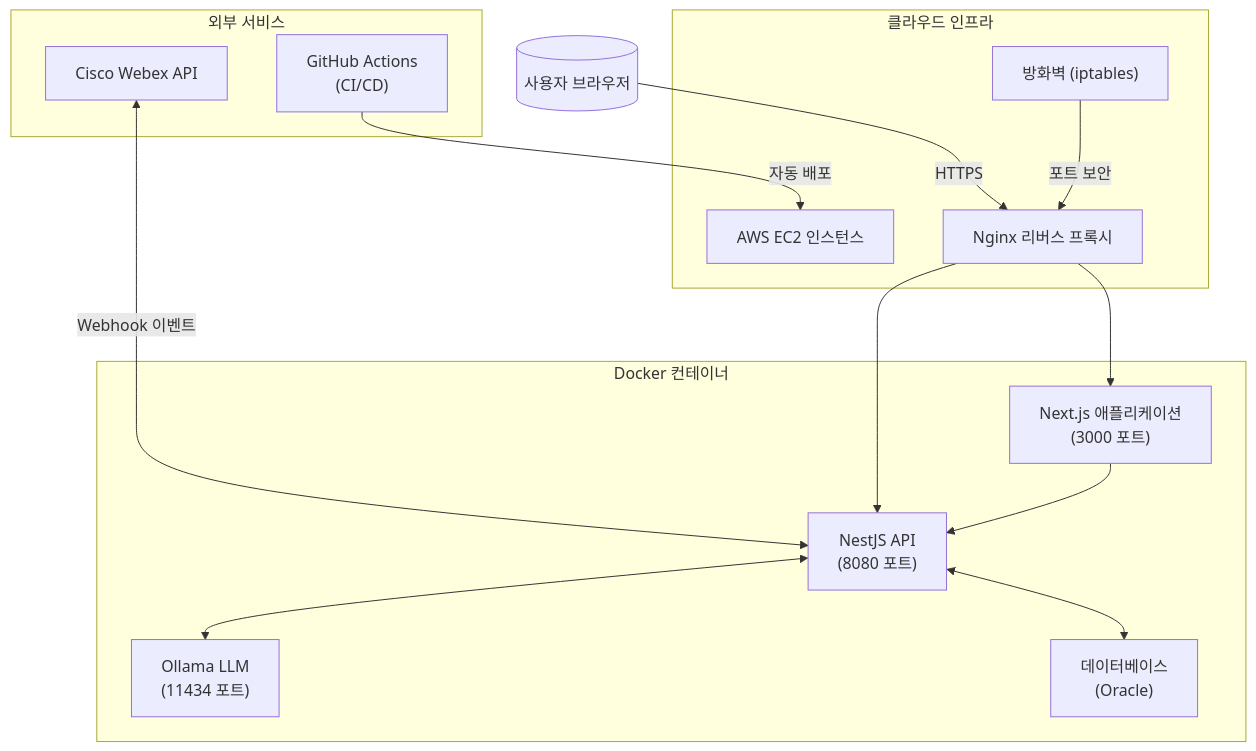
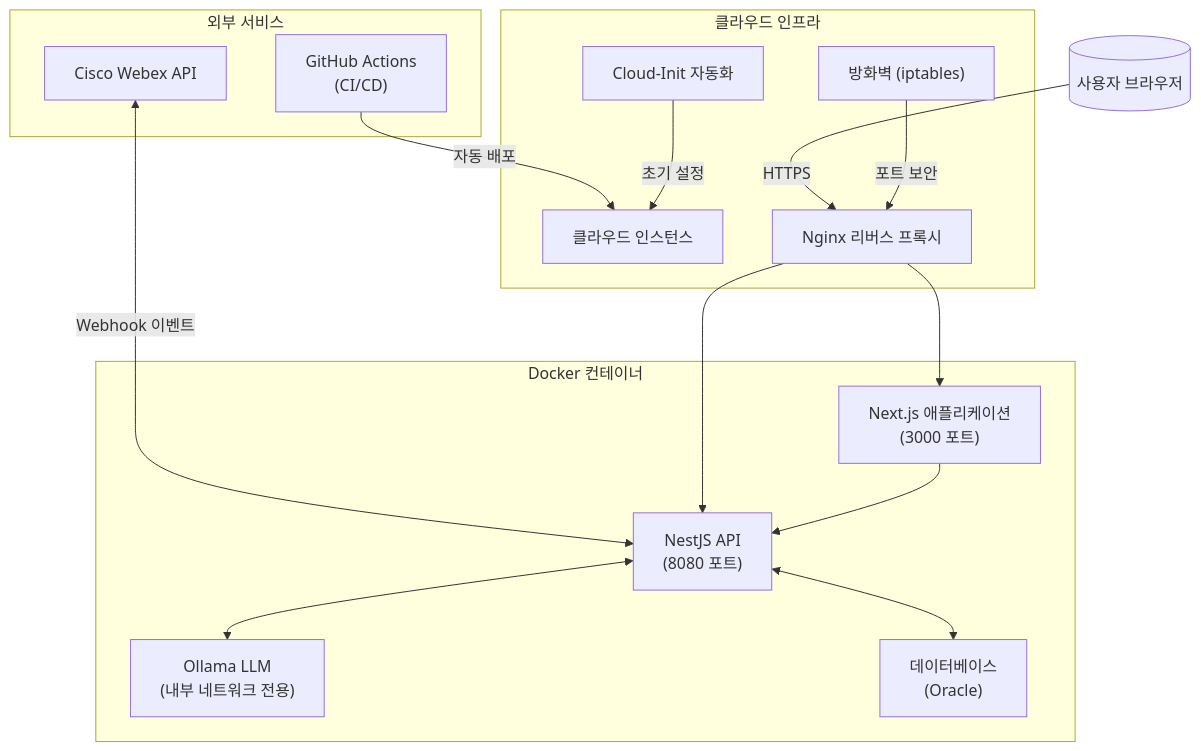
Before and after one commit to HaeSim/bot-haesim-monorepo: the first of 6 diagrams in README.md, drawn with Mermaid. The commit also changed other lines of this file, not shown here.

First line of the commit message:
docs: 클라우드 초기화 방식 변경에 따른 README 업데이트

````diff
--- a/README.md
+++ b/README.md
@@ -9,32 +9,34 @@
 ```mermaid
 graph TD
     subgraph "클라우드 인프라"
-        EC2["AWS EC2 인스턴스"]
+        CLOUD["클라우드 인스턴스"]
         NGINX["Nginx 리버스 프록시"]
         IPTABLES["방화벽 (iptables)"]
+        CLOUDINIT["Cloud-Init 자동화"]
     end
     
     subgraph "Docker 컨테이너"
         WEB["Next.js 애플리케이션\n(3000 포트)"]
         API["NestJS API\n(8080 포트)"]
-        OLLAMA["Ollama LLM\n(11434 포트)"]
+        OLLAMA["Ollama LLM\n(내부 네트워크 전용)"]
         DB["데이터베이스\n(Oracle)"]
     end
     
     subgraph "외부 서비스"
         WEBEX["Cisco Webex API"]
         GH["GitHub Actions\n(CI/CD)"]
     end
     
     CLIENT[("사용자 브라우저")] -->|HTTPS| NGINX
     WEBEX <-->|Webhook 이벤트| API
-    GH -->|자동 배포| EC2
+    GH -->|자동 배포| CLOUD
+    CLOUDINIT -->|초기 설정| CLOUD
     
     NGINX --> WEB
     NGINX --> API
     API <--> DB
     API <--> OLLAMA
     WEB --> API
     
     IPTABLES -->|포트 보안| NGINX
 ```
````
